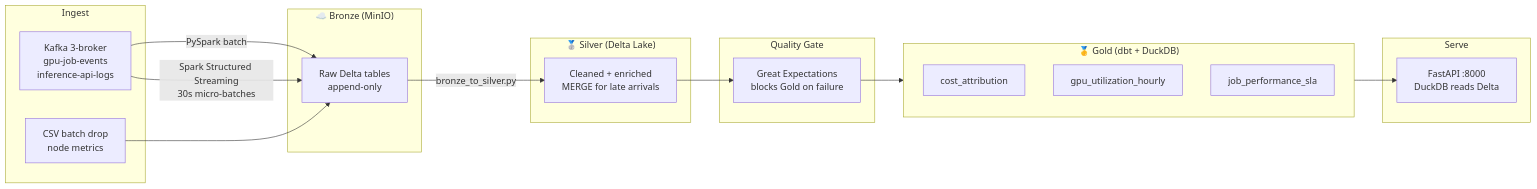
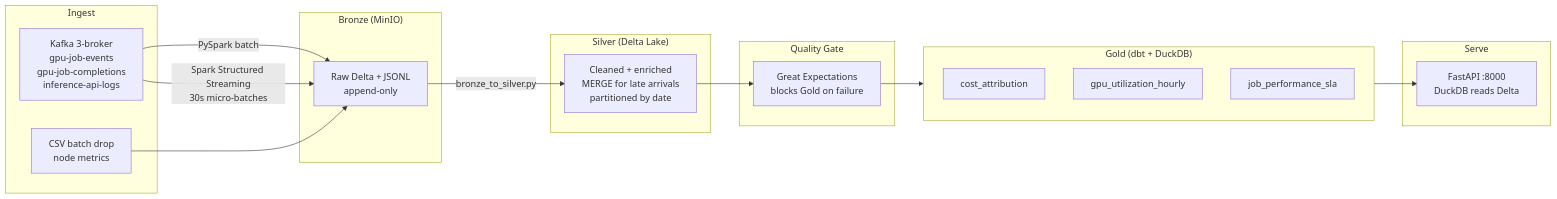
Before and after one commit to ranranrunforit/Data-Platform: the diagram in README.md, drawn with Mermaid. The commit also changed other lines of this file and 14 other files, not shown here.

````diff
--- a/README.md
+++ b/README.md
@@ -11,36 +49,36 @@
 ```mermaid
 flowchart LR
     subgraph Ingest
-        K[Kafka 3-broker\ngpu-job-events\ninference-api-logs]
-        CSV[CSV batch drop\nnode metrics]
+        K[Kafka 3-broker<br/>gpu-job-events<br/>gpu-job-completions<br/>inference-api-logs]
+        CSV[CSV batch drop<br/>node metrics]
     end
 
-    subgraph Bronze["☁️ Bronze (MinIO)"]
-        B[Raw Delta tables\nappend-only]
+    subgraph Bronze["Bronze (MinIO)"]
+        B[Raw Delta + JSONL<br/>append-only]
     end
 
-    subgraph Silver["🥈 Silver (Delta Lake)"]
-        S[Cleaned + enriched\nMERGE for late arrivals]
+    subgraph Silver["Silver (Delta Lake)"]
+        S[Cleaned + enriched<br/>MERGE for late arrivals<br/>partitioned by date]
     end
 
     subgraph Gate["Quality Gate"]
-        GX[Great Expectations\nblocks Gold on failure]
+        GX[Great Expectations<br/>blocks Gold on failure]
     end
 
-    subgraph Gold["🥇 Gold (dbt + DuckDB)"]
+    subgraph Gold["Gold (dbt + DuckDB)"]
         G1[cost_attribution]
         G2[gpu_utilization_hourly]
         G3[job_performance_sla]
     end
 
     subgraph Serve
-        API[FastAPI :8000\nDuckDB reads Delta]
+        API[FastAPI :8000<br/>DuckDB reads Delta]
     end
 
     K -->|PySpark batch| B
-    K -->|Spark Structured Streaming\n30s micro-batches| B
+    K -->|Spark Structured Streaming<br/>30s micro-batches| B
     CSV --> B
     B -->|bronze_to_silver.py| S
     S --> GX --> Gold
     Gold --> API
 ```
````
